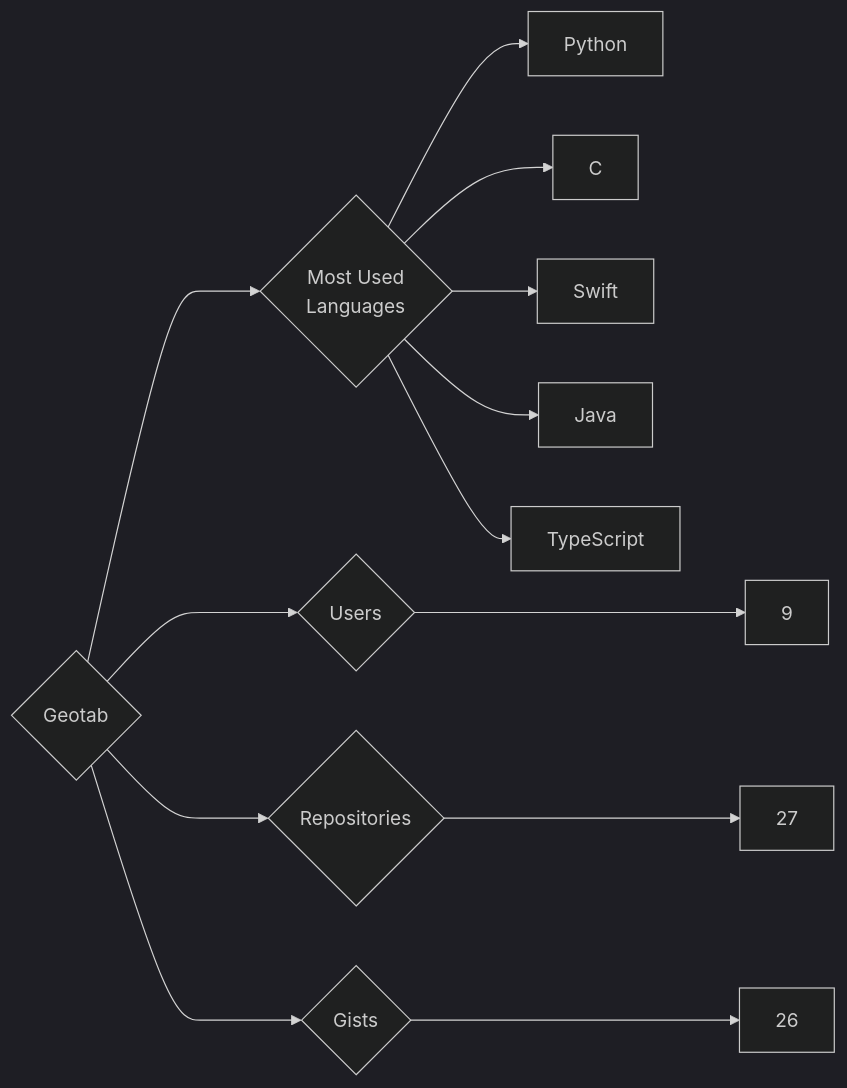
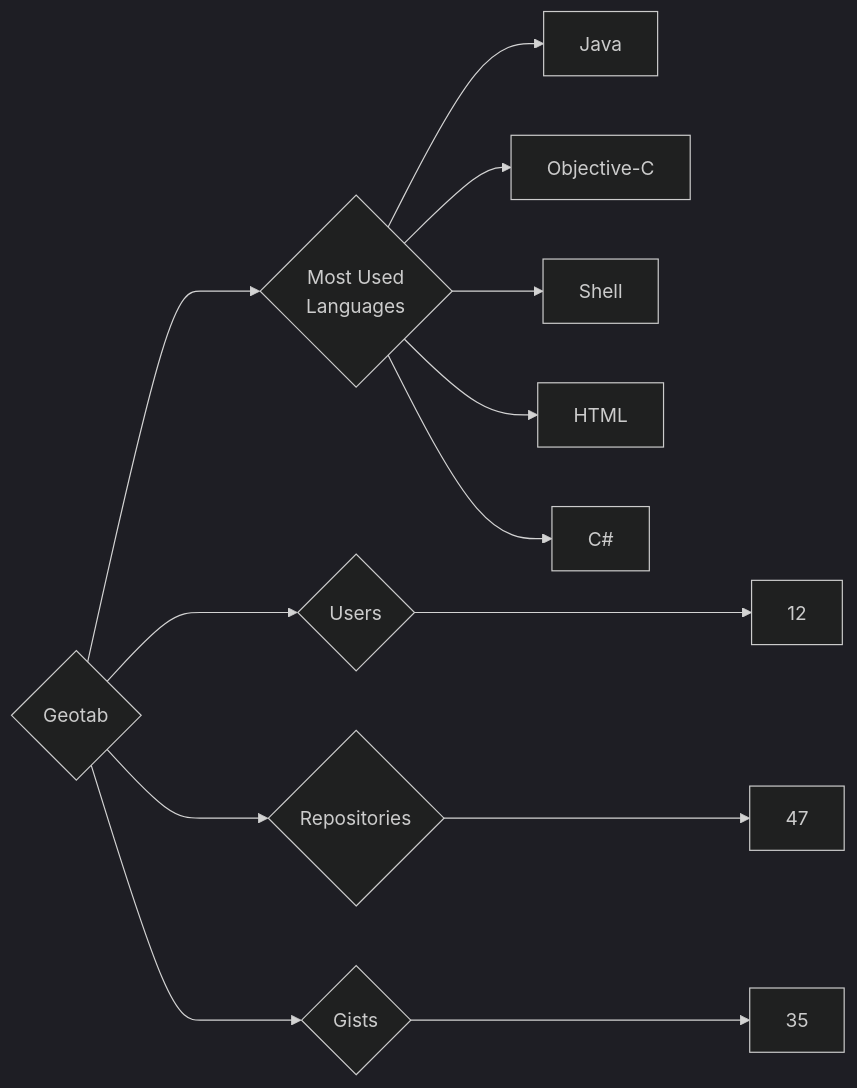
One commit to trickest/insiders changed the diagram in targets/Geotab/README.md. Above: the diagram before and after it, drawn with Mermaid (dark theme). The commit also changed 718 other files, not shown here.

````diff
--- a/targets/Geotab/README.md
+++ b/targets/Geotab/README.md
@@ -3,13 +3,13 @@
 ```mermaid
 graph LR
 COMPANY_NAME{Geotab}
-COMPANY_NAME ---> U{Users} ---> UN[9]
-COMPANY_NAME ---> R{Repositories} ---> RN[27]
-COMPANY_NAME ---> G{Gists} ---> GN[26]
+COMPANY_NAME ---> U{Users} ---> UN[12]
+COMPANY_NAME ---> R{Repositories} ---> RN[47]
+COMPANY_NAME ---> G{Gists} ---> GN[35]
 COMPANY_NAME ---> ML{Most Used<br>Languages}
-ML --> Python[Python]
-ML --> C[C]
-ML --> Swift[Swift]
 ML --> Java[Java]
-ML --> TypeScript[TypeScript]
+ML --> Objective-C[Objective-C]
+ML --> Shell[Shell]
+ML --> HTML[HTML]
+ML --> C#[C#]
 ```
````
